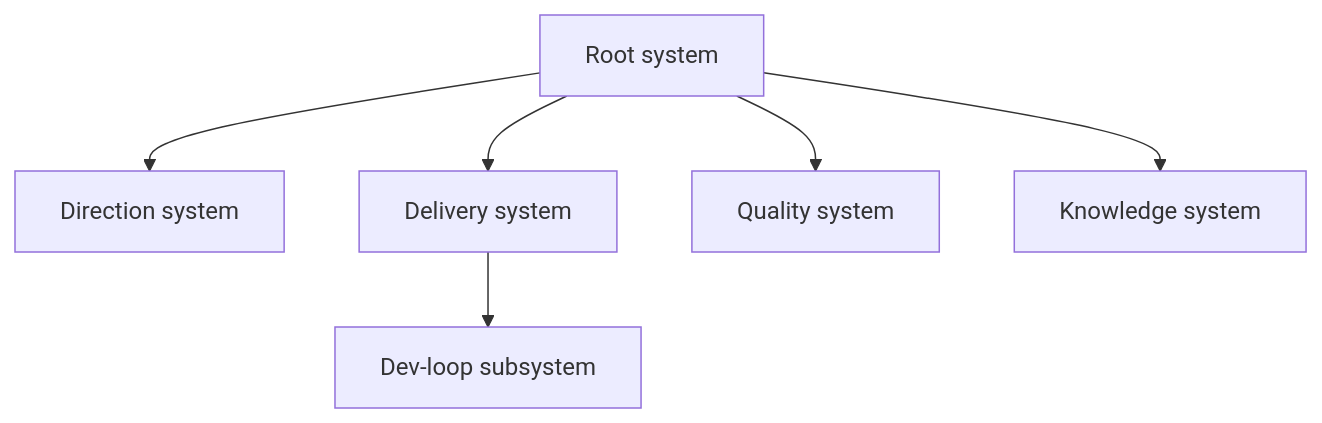
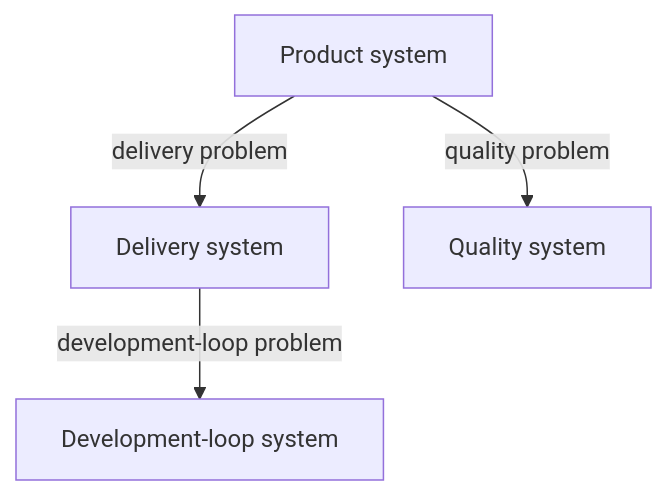
Before and after one commit to flooper68/adaptive-problem-solving-systems: the first of 5 diagrams in framework/VISUALIZATION.md, drawn with Mermaid. The commit also changed other lines of this file and 96 other files, not shown here.

````diff
--- a/framework/VISUALIZATION.md
+++ b/framework/VISUALIZATION.md
@@ -19,15 +19,11 @@
 ```mermaid
 flowchart TB
-    root["Root system"]
-    direction["Direction system"]
+    root["Product system"]
     delivery["Delivery system"]
     quality["Quality system"]
-    knowledge["Knowledge system"]
-    devLoop["Dev-loop subsystem"]
+    devLoop["Development-loop system"]
 
-    root --> direction
-    root --> delivery
-    root --> quality
-    root --> knowledge
-    delivery --> devLoop
+    root -->|"delivery problem"| delivery
+    root -->|"quality problem"| quality
+    delivery -->|"development-loop problem"| devLoop
 ```
````
